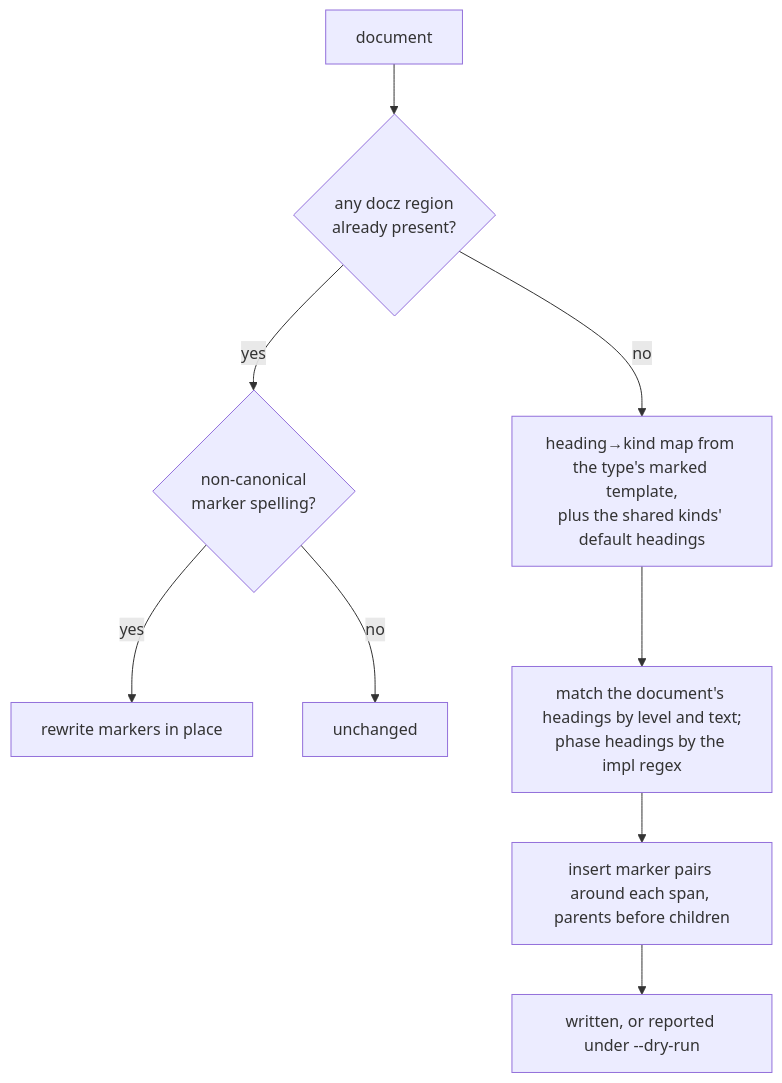
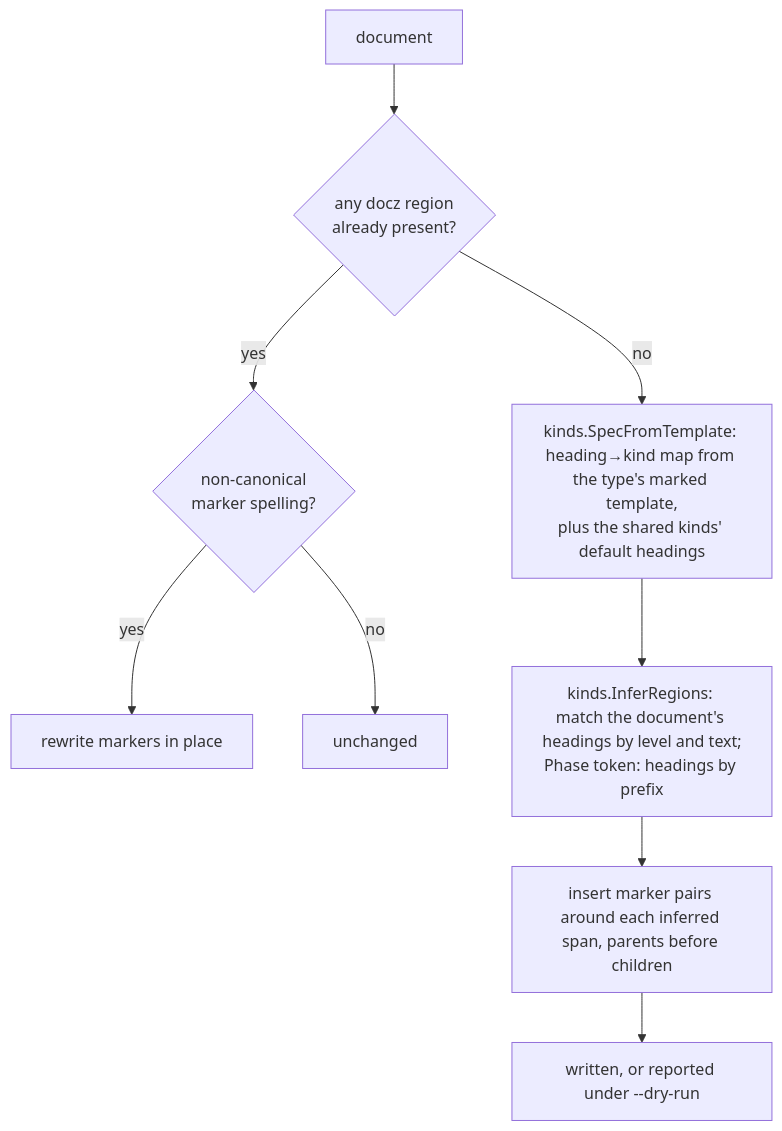
Before and after one commit to donaldgifford/docz: the fourth of 6 diagrams in docs/design/0015-structured-regions-and-docz-validate.md, drawn with Mermaid. The commit also changed other lines of this file and 3 other files, not shown here.

````diff
--- a/docs/design/0015-structured-regions-and-docz-validate.md
+++ b/docs/design/0015-structured-regions-and-docz-validate.md
@@ -636,11 +664,11 @@
 ```mermaid
 flowchart TD
   doc["document"] --> has{"any docz region<br/>already present?"}
   has -- yes --> canon{"non-canonical<br/>marker spelling?"}
   canon -- yes --> fix["rewrite markers in place"]
   canon -- no --> skip["unchanged"]
-  has -- no --> map["heading→kind map from the type's marked template,<br/>plus the shared kinds' default headings"]
-  map --> match["match the document's headings by level and text;<br/>phase headings by the impl regex"]
-  match --> ins["insert marker pairs around each span, parents before children"]
+  has -- no --> map["kinds.SpecFromTemplate: heading→kind map from the type's marked template,<br/>plus the shared kinds' default headings"]
+  map --> match["kinds.InferRegions: match the document's headings by level and text;<br/>Phase token: headings by prefix"]
+  match --> ins["insert marker pairs around each inferred span, parents before children"]
   ins --> out["written, or reported under --dry-run"]
 ```
````
